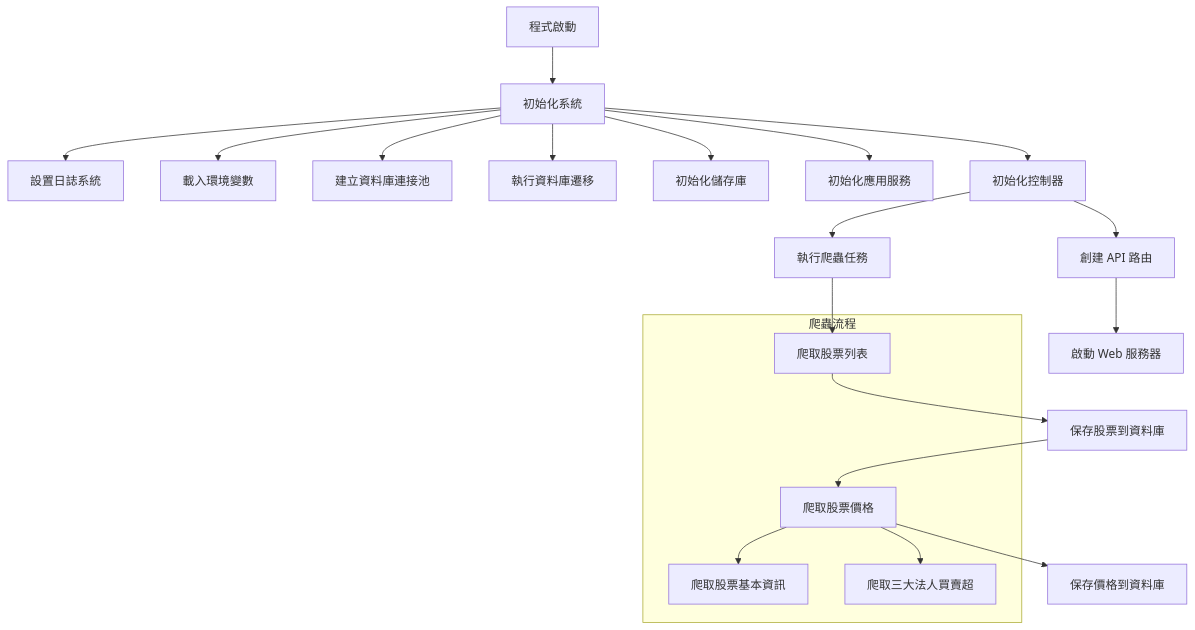
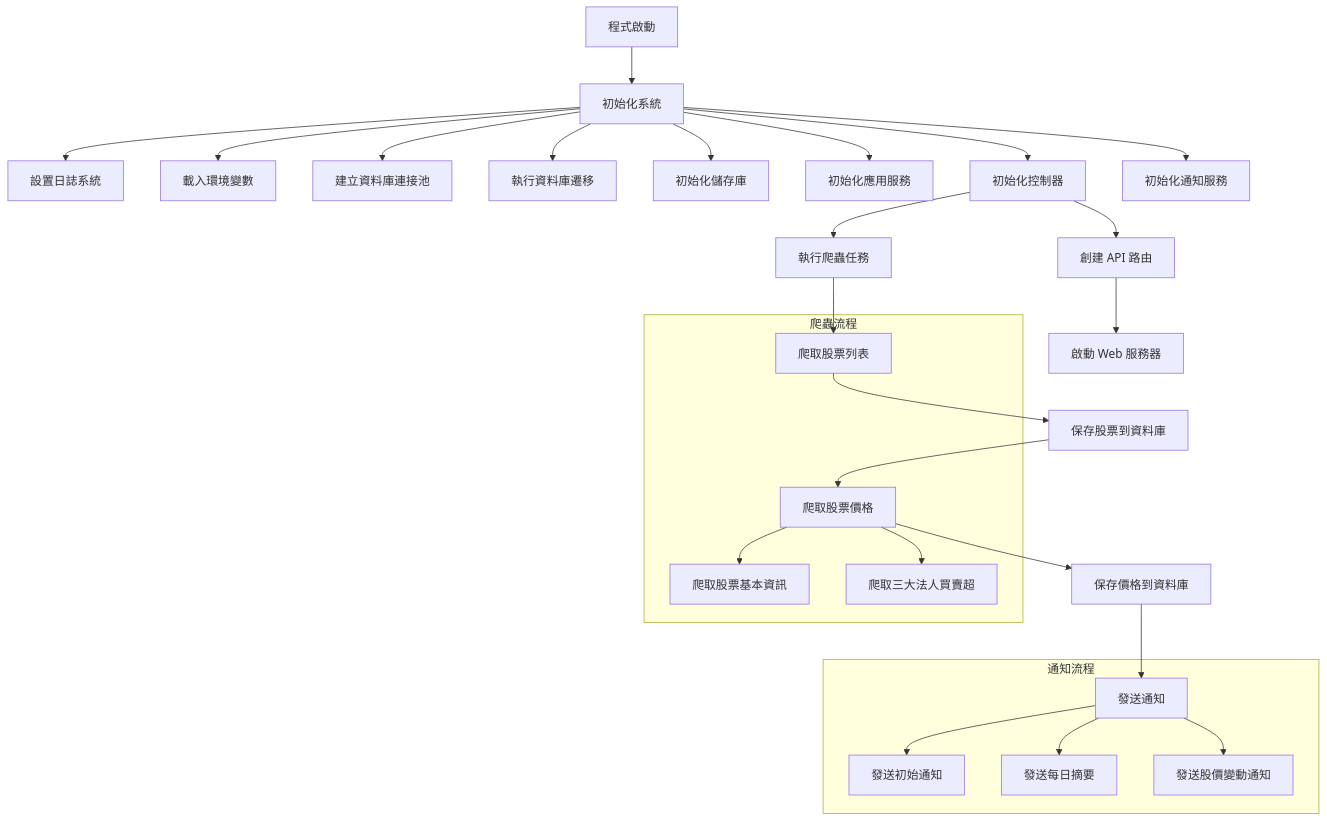
Before and after one commit to atomjay/taiwan-stocks-crawler: the first of 4 diagrams in README.md, drawn with Mermaid. The commit also changed other lines of this file, not shown here.

````diff
--- a/README.md
+++ b/README.md
@@ -75,27 +82,35 @@
 ```mermaid
 flowchart TD
     A[程式啟動] --> B[初始化系統]
     B --> B1[設置日誌系統]
     B --> B2[載入環境變數]
     B --> B3[建立資料庫連接池]
     B --> B4[執行資料庫遷移]
     B --> B5[初始化儲存庫]
     B --> B6[初始化應用服務]
     B --> B7[初始化控制器]
+    B --> B8[初始化通知服務]
     
     B7 --> C[創建 API 路由]
     B7 --> D[執行爬蟲任務]
     
     D --> D1[爬取股票列表]
     D1 --> D2[保存股票到資料庫]
     D2 --> D3[爬取股票價格]
     D3 --> D4[保存價格到資料庫]
+    D4 --> D5[發送通知]
     
     C --> E[啟動 Web 服務器]
     
     subgraph 爬蟲流程
     D1
     D3 --> D3_1[爬取股票基本資訊]
     D3 --> D3_2[爬取三大法人買賣超]
     end
+    
+    subgraph 通知流程
+    D5 --> D5_1[發送初始通知]
+    D5 --> D5_2[發送每日摘要]
+    D5 --> D5_3[發送股價變動通知]
+    end
 ```
````
